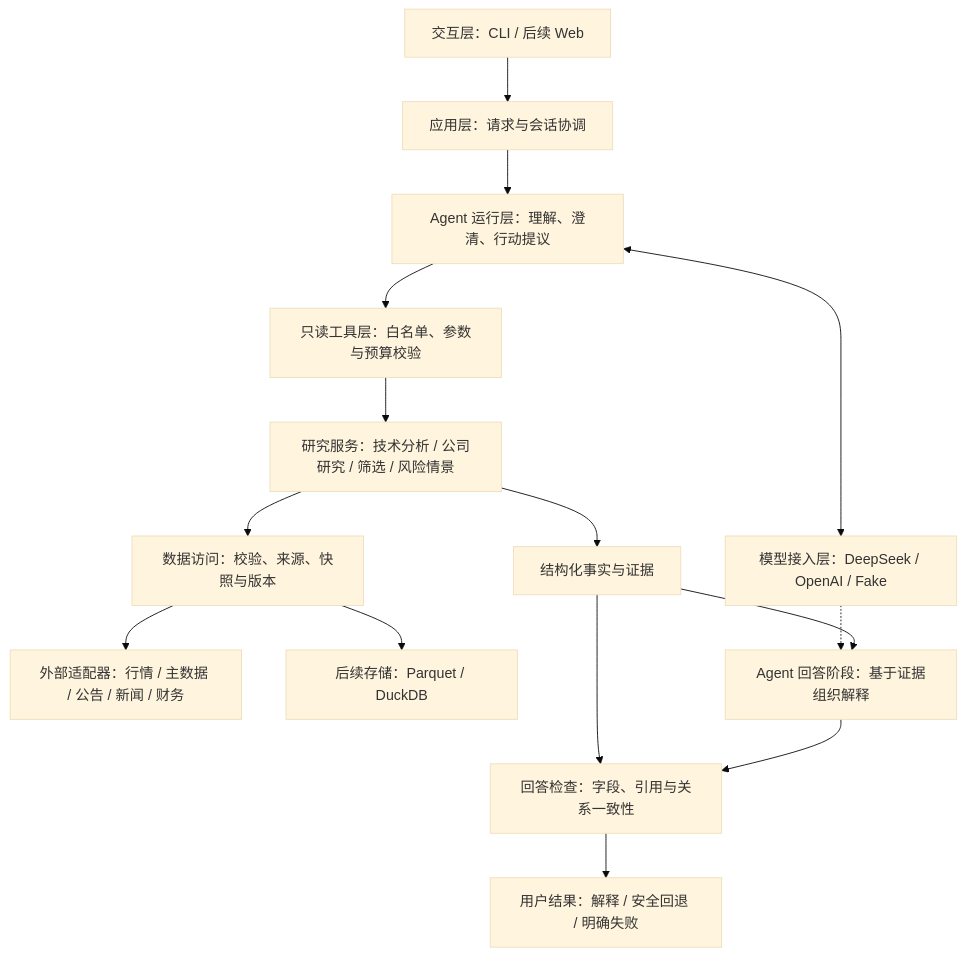
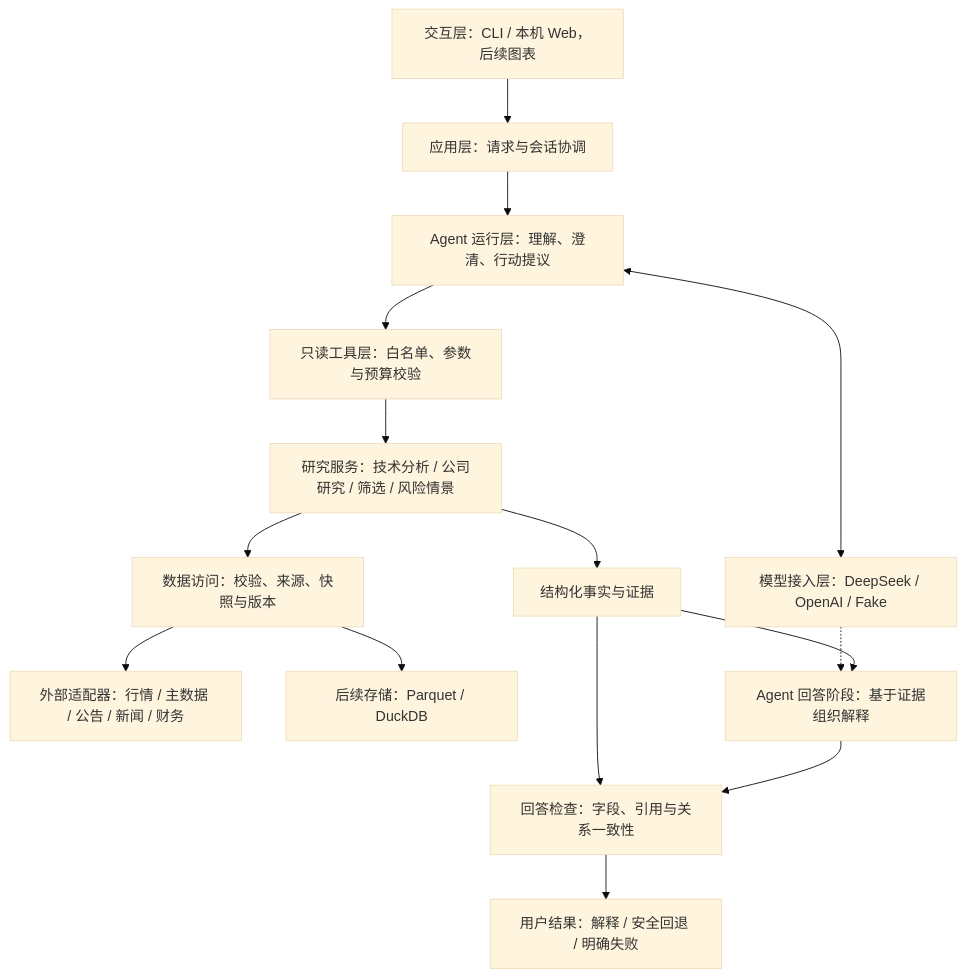
Before and after one commit to HK0281/Trading-Companion: the diagram in docs/architecture.md, drawn with Mermaid (base theme). The commit also changed other lines of this file and 27 other files, not shown here.

````diff
--- a/docs/architecture.md
+++ b/docs/architecture.md
@@ -82,17 +85,17 @@
 ```mermaid
 flowchart TD
-    Entry["交互层：CLI / 后续 Web"] --> App["应用层：请求与会话协调"]
+    Entry["交互层：CLI / 本机 Web，后续图表"] --> App["应用层：请求与会话协调"]
     App --> Agent["Agent 运行层：理解、澄清、行动提议"]
     Agent <--> Models["模型接入层：DeepSeek / OpenAI / Fake"]
     Agent --> Tools["只读工具层：白名单、参数与预算校验"]
     Tools --> Research["研究服务：技术分析 / 公司研究 / 筛选 / 风险情景"]
     Research --> Data["数据访问：校验、来源、快照与版本"]
     Data --> Providers["外部适配器：行情 / 主数据 / 公告 / 新闻 / 财务"]
     Data --> Storage["后续存储：Parquet / DuckDB"]
     Research --> Facts["结构化事实与证据"]
     Facts --> Explain["Agent 回答阶段：基于证据组织解释"]
     Models -.-> Explain
     Explain --> Check["回答检查：字段、引用与关系一致性"]
     Facts --> Check
     Check --> Output["用户结果：解释 / 安全回退 / 明确失败"]
 ```
````
